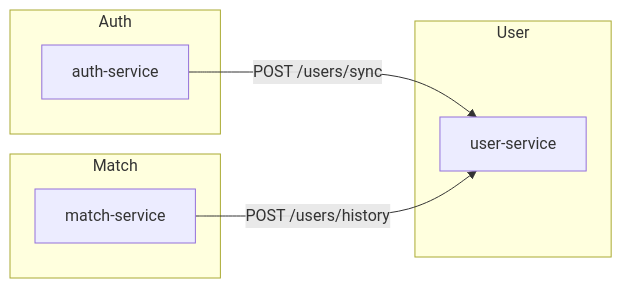
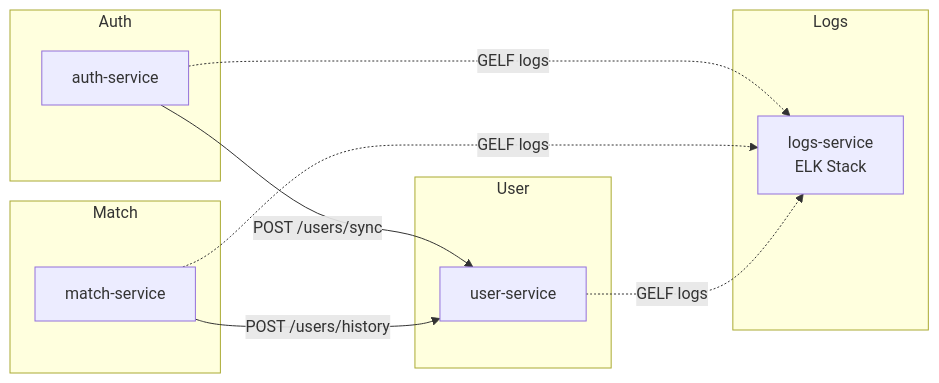
Before and after one commit to Matesant/ft_transcendence: the diagram in services/README.md, drawn with Mermaid. The commit also changed other lines of this file and 9 other files, not shown here.

Commit message:
logs service ready

````diff
--- a/services/README.md
+++ b/services/README.md
@@ -17,15 +57,21 @@
 ```mermaid
 flowchart LR
   subgraph Auth
     A[auth-service]
   end
   subgraph Match
     M[match-service]
   end
   subgraph User
     U[user-service]
   end
+  subgraph Logs
+    L[logs-service<br/>ELK Stack]
+  end
 
   A -->|POST /users/sync| U
   M -->|POST /users/history| U
+  A -.->|GELF logs| L
+  M -.->|GELF logs| L
+  U -.->|GELF logs| L
 ```
````
